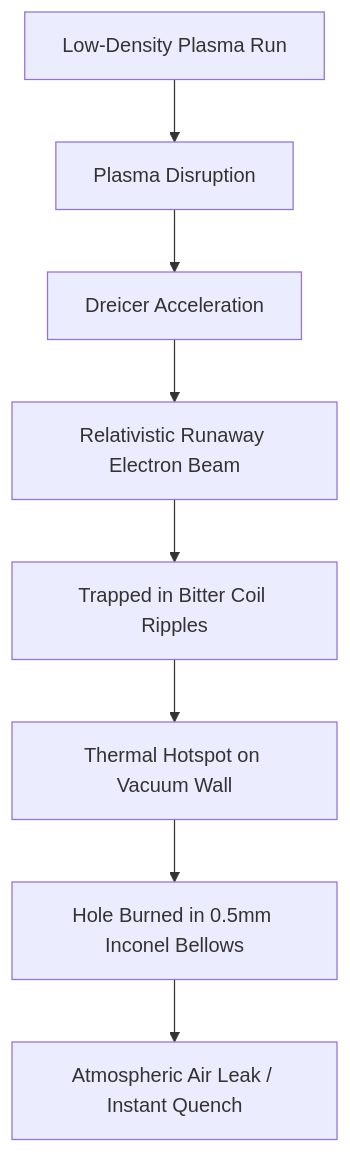
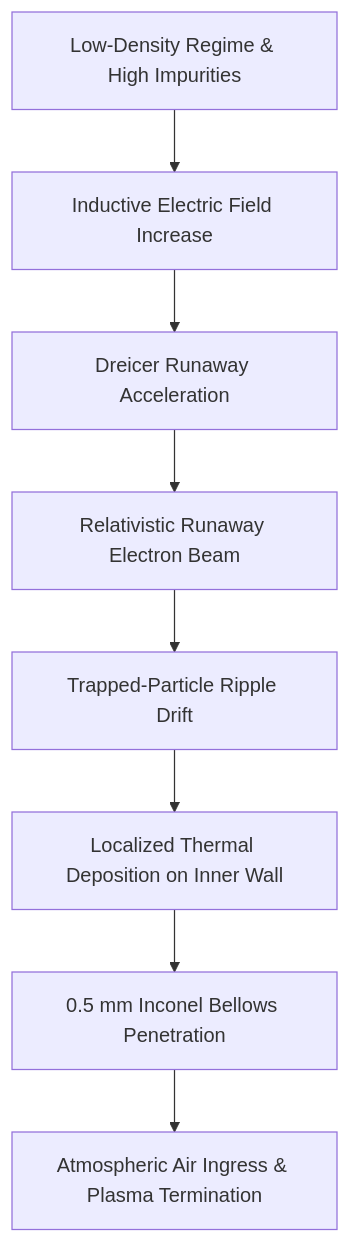
The first of 6 diagrams in arxiv.md (catskillsresearch/fusion_reactor_component_failures), drawn with Mermaid before and after one commit. The commit also changed other lines of this file and 13 other files, not shown here.

````diff
--- a/arxiv.md
+++ b/arxiv.md
@@ -17,10 +20,10 @@
 ```mermaid
 graph TD
-    A[Low-Density Plasma Run] --> B[Plasma Disruption]
-    B --> C[Dreicer Acceleration]
+    A[Low-Density Regime & High Impurities] --> B[Inductive Electric Field Increase]
+    B --> C[Dreicer Runaway Acceleration]
     C --> D[Relativistic Runaway Electron Beam]
-    D --> E[Trapped in Bitter Coil Ripples]
-    E --> F[Thermal Hotspot on Vacuum Wall]
-    F --> G[Hole Burned in 0.5mm Inconel Bellows]
-    G --> H[Atmospheric Air Leak / Instant Quench]
+    D --> E[Trapped-Particle Ripple Drift]
+    E --> F[Localized Thermal Deposition on Inner Wall]
+    F --> G[0.5 mm Inconel Bellows Penetration]
+    G --> H[Atmospheric Air Ingress & Plasma Termination]
 ```
````
